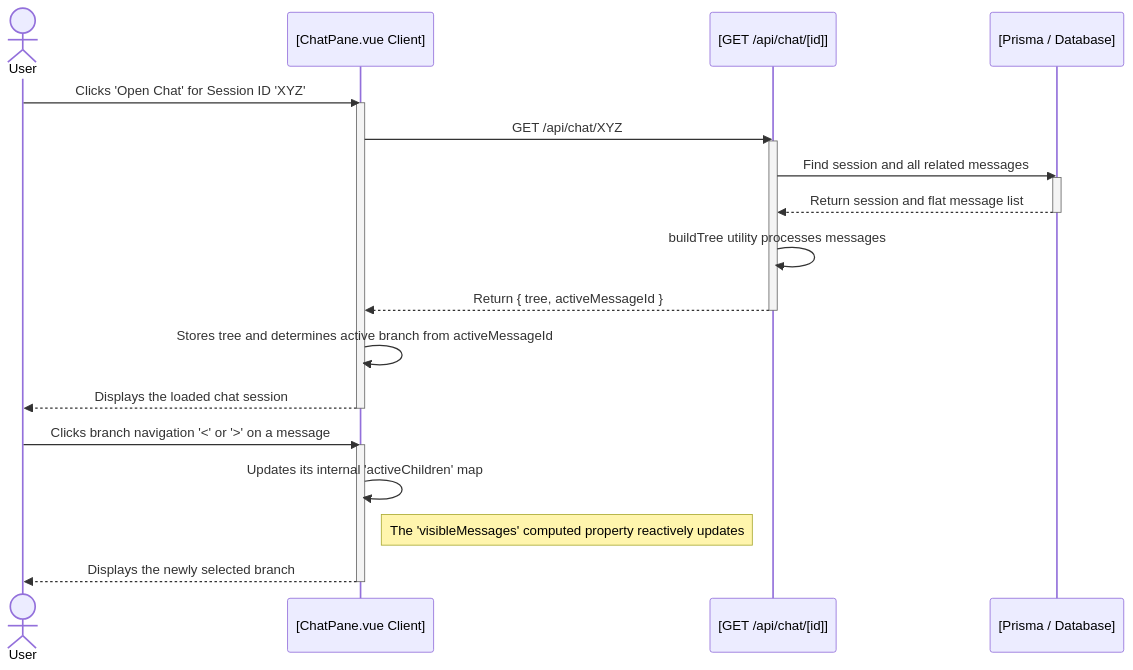
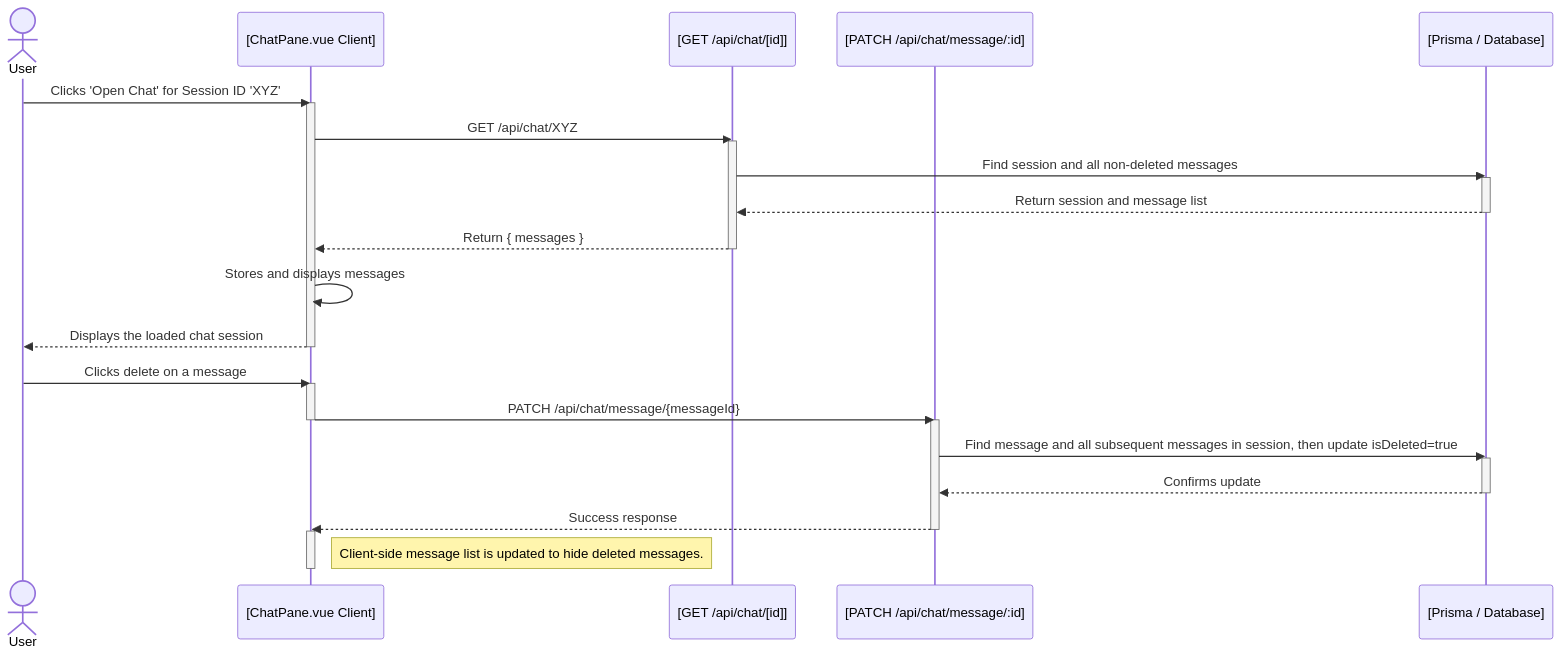
One commit to PramaAditya/nuxt_template changed the second of 2 diagrams in .docs/vue-chat-persistence.md. Above: the diagram before and after it, drawn with Mermaid. The commit also changed other lines of this file, not shown here.

Commit message:
feat: update chat persistence plan to support linear conversation model and remove branching logic

````diff
--- a/.docs/vue-chat-persistence.md
+++ b/.docs/vue-chat-persistence.md
@@ -123,31 +115,39 @@
 ```mermaid
 sequenceDiagram
     actor User
     participant ChatPaneVue as [ChatPane.vue Client]
     participant ChatGetAPI as [GET /api/chat/[id]]
+    participant ChatPatchAPI as [PATCH /api/chat/message/:id]
     participant PrismaDB as [Prisma / Database]
 
     %% Load Chat History Flow
     User->>ChatPaneVue: Clicks 'Open Chat' for Session ID 'XYZ'
     activate ChatPaneVue
     ChatPaneVue->>ChatGetAPI: GET /api/chat/XYZ
     activate ChatGetAPI
-    ChatGetAPI->>PrismaDB: Find session and all related messages
+    ChatGetAPI->>PrismaDB: Find session and all non-deleted messages
     activate PrismaDB
-    PrismaDB-->>ChatGetAPI: Return session and flat message list
+    PrismaDB-->>ChatGetAPI: Return session and message list
     deactivate PrismaDB
-    ChatGetAPI->>ChatGetAPI: buildTree utility processes messages
-    ChatGetAPI-->>ChatPaneVue: Return { tree, activeMessageId }
+    ChatGetAPI-->>ChatPaneVue: Return { messages }
     deactivate ChatGetAPI
-    ChatPaneVue->>ChatPaneVue: Stores tree and determines active branch from activeMessageId
+    ChatPaneVue->>ChatPaneVue: Stores and displays messages
     ChatPaneVue-->>User: Displays the loaded chat session
     deactivate ChatPaneVue
 
-    %% Change Branch Flow (Client-Side Only)
-    User->>ChatPaneVue: Clicks branch navigation '<' or '>' on a message
+    %% Soft-Deleting a Message Flow
+    User->>ChatPaneVue: Clicks delete on a message
     activate ChatPaneVue
-    ChatPaneVue->>ChatPaneVue: Updates its internal 'activeChildren' map
-    Note right of ChatPaneVue: The 'visibleMessages' computed property reactively updates
-    ChatPaneVue-->>User: Displays the newly selected branch
+    ChatPaneVue->>ChatPatchAPI: PATCH /api/chat/message/{messageId}
+    deactivate ChatPaneVue
+    activate ChatPatchAPI
+    ChatPatchAPI->>PrismaDB: Find message and all subsequent messages in session, then update isDeleted=true
+    activate PrismaDB
+    PrismaDB-->>ChatPatchAPI: Confirms update
+    deactivate PrismaDB
+    ChatPatchAPI-->>ChatPaneVue: Success response
+    deactivate ChatPatchAPI
+    activate ChatPaneVue
+    Note right of ChatPaneVue: Client-side message list is updated to hide deleted messages.
     deactivate ChatPaneVue
 ```
````
